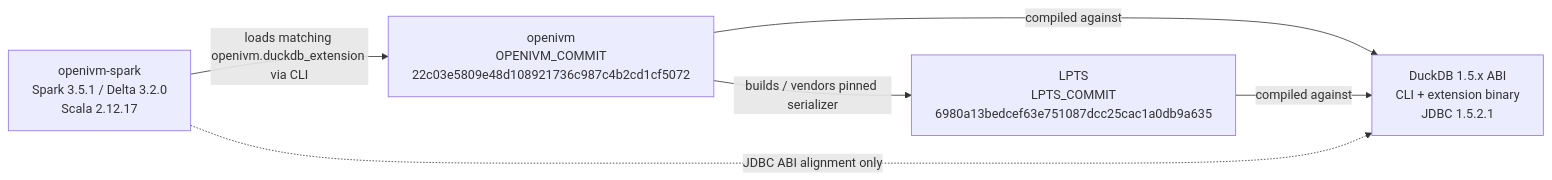
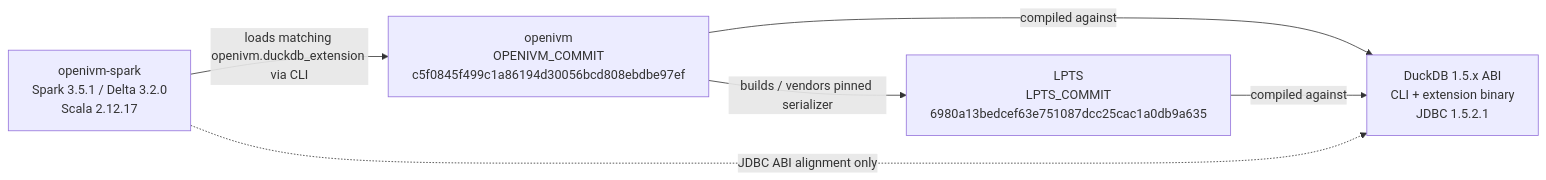
One commit to mdrakiburrahman/openivm-spark changed the fourth of 4 diagrams in docs/architecture/lpts/8-integration-with-openivm-and-spark.md. Above: the diagram before and after it, drawn with Mermaid. The commit also changed other lines of this file and 2 other files, not shown here.

````diff
--- a/docs/architecture/lpts/8-integration-with-openivm-and-spark.md
+++ b/docs/architecture/lpts/8-integration-with-openivm-and-spark.md
@@ -525,13 +525,13 @@
 ```mermaid
 flowchart LR
   OSS["openivm-spark\nSpark 3.5.1 / Delta 3.2.0\nScala 2.12.17"]
-  OIVM["openivm\nOPENIVM_COMMIT\n22c03e5809e48d108921736c987c4b2cd1cf5072"]
+  OIVM["openivm\nOPENIVM_COMMIT\nc5f0845f499c1a86194d30056bcd808ebdbe97ef"]
   LPTS["LPTS\nLPTS_COMMIT\n6980a13bedcef63e751087dcc25cac1a0db9a635"]
   Duck["DuckDB 1.5.x ABI\nCLI + extension binary\nJDBC 1.5.2.1"]
 
   OSS -->|"loads matching openivm.duckdb_extension via CLI"| OIVM
   OIVM -->|"builds / vendors pinned serializer"| LPTS
   OIVM -->|"compiled against"| Duck
   LPTS -->|"compiled against"| Duck
   OSS -.->|"JDBC ABI alignment only"| Duck
 ```
````
